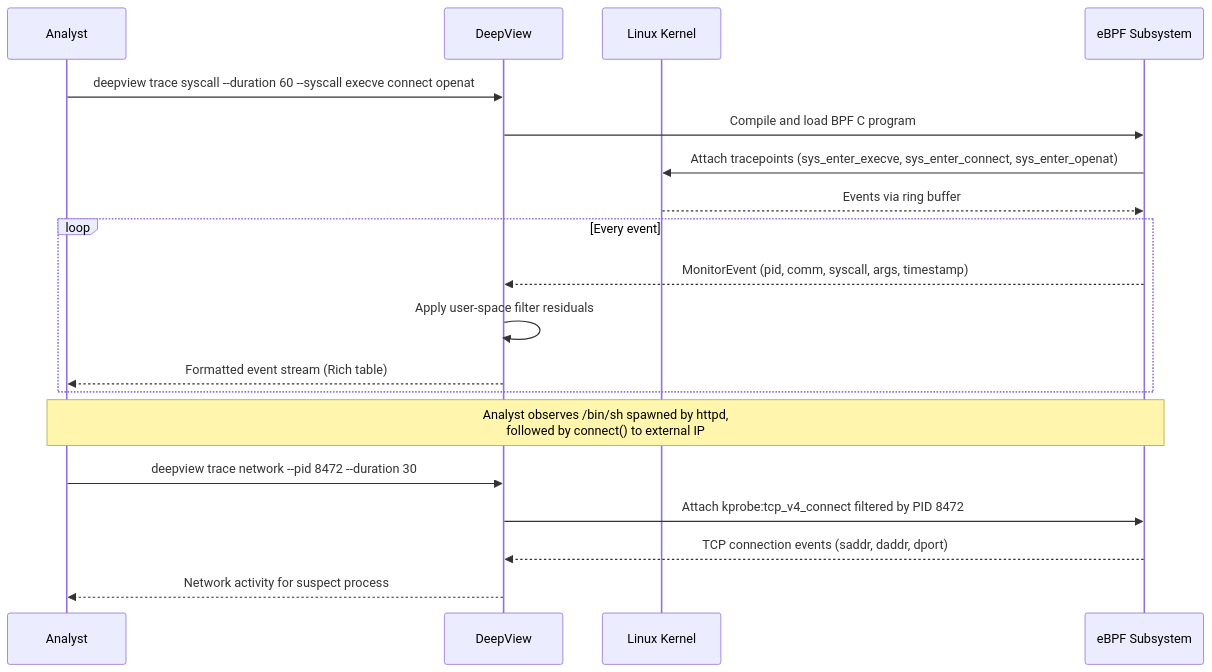
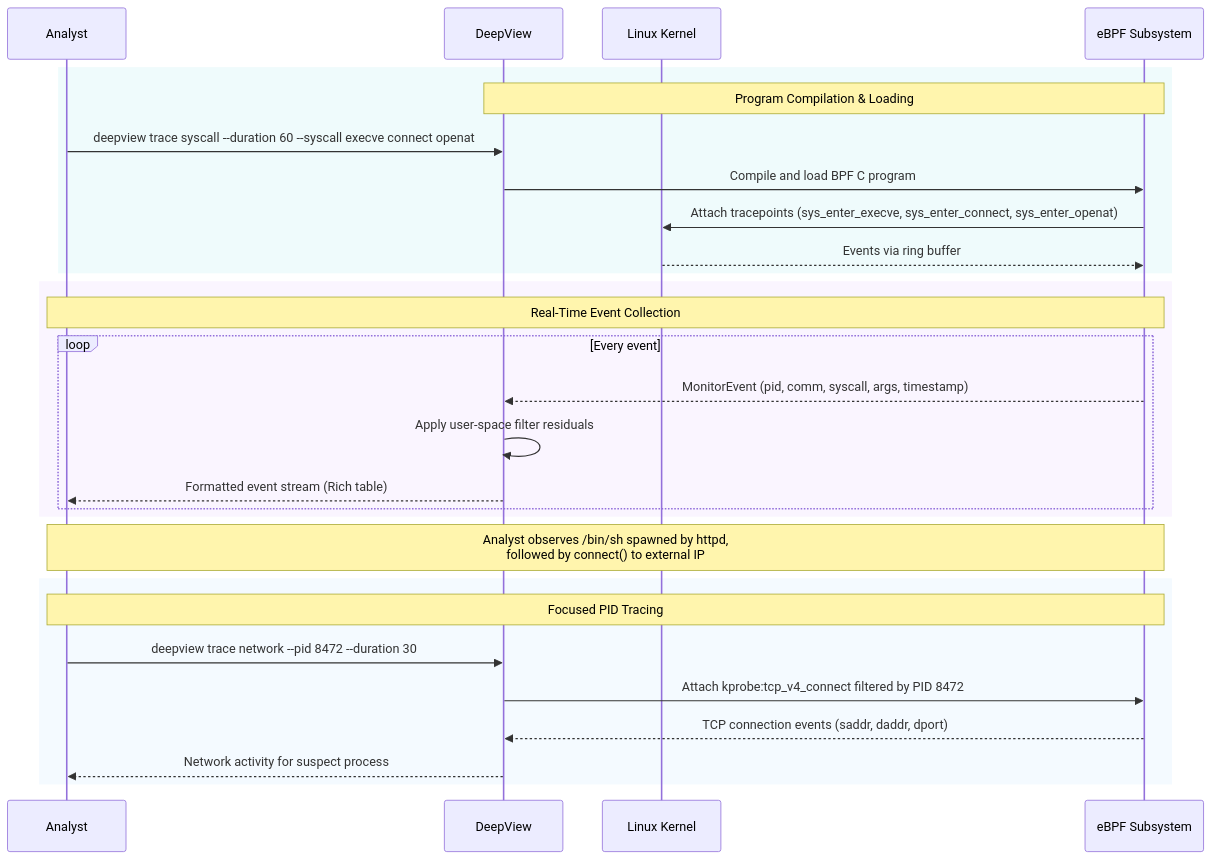
Before and after one commit to sonoransun/deepview: the eighth of 16 diagrams in README.md, drawn with Mermaid. The commit also changed other lines of this file and 47 other files, not shown here.

````diff
--- a/README.md
+++ b/README.md
@@ -466,25 +589,34 @@
 ```mermaid
 sequenceDiagram
     participant Analyst
     participant DeepView
     participant Kernel as Linux Kernel
     participant BPF as eBPF Subsystem
 
-    Analyst->>DeepView: deepview trace syscall --duration 60 --syscall execve connect openat
-    DeepView->>BPF: Compile and load BPF C program
-    BPF->>Kernel: Attach tracepoints (sys_enter_execve, sys_enter_connect, sys_enter_openat)
-    Kernel-->>BPF: Events via ring buffer
+    rect rgba(59,201,219,0.08)
+        Note over DeepView,BPF: Program Compilation & Loading
+        Analyst->>DeepView: deepview trace syscall --duration 60 --syscall execve connect openat
+        DeepView->>BPF: Compile and load BPF C program
+        BPF->>Kernel: Attach tracepoints (sys_enter_execve, sys_enter_connect, sys_enter_openat)
+        Kernel-->>BPF: Events via ring buffer
+    end
 
-    loop Every event
-        BPF-->>DeepView: MonitorEvent (pid, comm, syscall, args, timestamp)
-        DeepView->>DeepView: Apply user-space filter residuals
-        DeepView-->>Analyst: Formatted event stream (Rich table)
+    rect rgba(192,132,252,0.08)
+        Note over Analyst,BPF: Real-Time Event Collection
+        loop Every event
+            BPF-->>DeepView: MonitorEvent (pid, comm, syscall, args, timestamp)
+            DeepView->>DeepView: Apply user-space filter residuals
+            DeepView-->>Analyst: Formatted event stream (Rich table)
+        end
     end
 
     Note over Analyst,BPF: Analyst observes /bin/sh spawned by httpd,<br/>followed by connect() to external IP
 
-    Analyst->>DeepView: deepview trace network --pid 8472 --duration 30
-    DeepView->>BPF: Attach kprobe:tcp_v4_connect filtered by PID 8472
-    BPF-->>DeepView: TCP connection events (saddr, daddr, dport)
-    DeepView-->>Analyst: Network activity for suspect process
+    rect rgba(116,192,252,0.08)
+        Note over Analyst,BPF: Focused PID Tracing
+        Analyst->>DeepView: deepview trace network --pid 8472 --duration 30
+        DeepView->>BPF: Attach kprobe:tcp_v4_connect filtered by PID 8472
+        BPF-->>DeepView: TCP connection events (saddr, daddr, dport)
+        DeepView-->>Analyst: Network activity for suspect process
+    end
 ```
````
